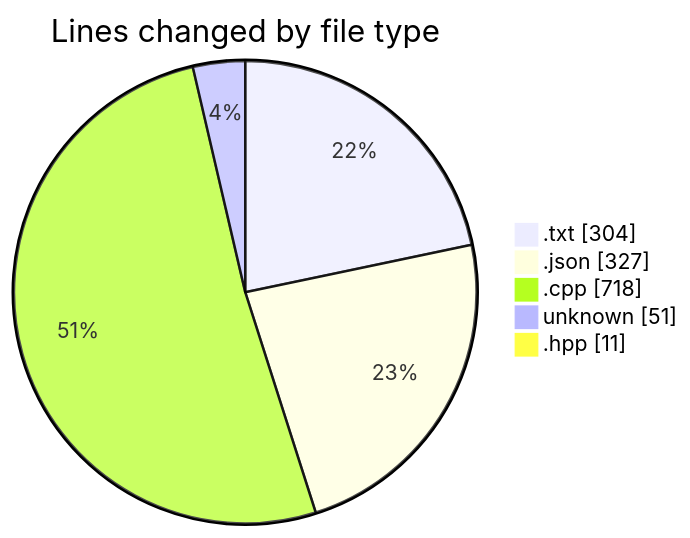
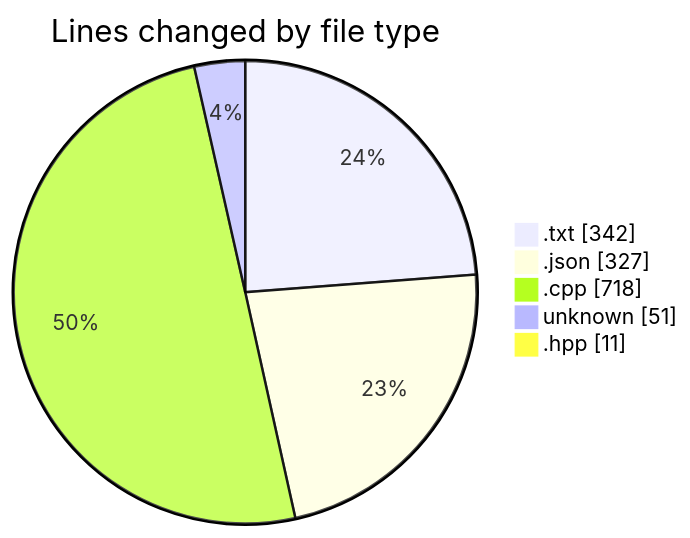
Before and after one commit to Netris89/code-tracking: the first of 2 diagrams in 2025-04-07/echo/README.md, drawn with Mermaid. The commit also changed other lines of this file and 1 other file, not shown here.

````diff
--- a/2025-04-07/echo/README.md
+++ b/2025-04-07/echo/README.md
@@ -29,9 +29,9 @@
 ```mermaid
 pie showData
 title Lines changed by file type
-".txt" : 304
+".txt" : 342
 ".json" : 327
 ".cpp" : 718
 "unknown" : 51
 ".hpp" : 11
 ```
````
